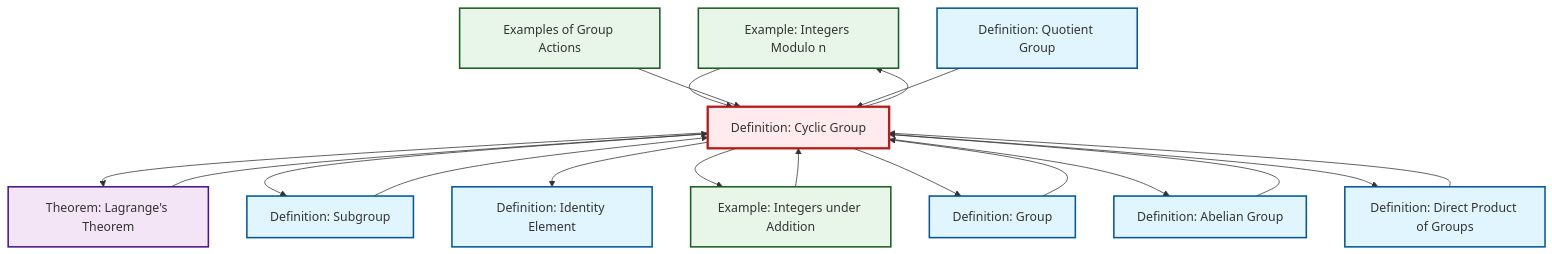
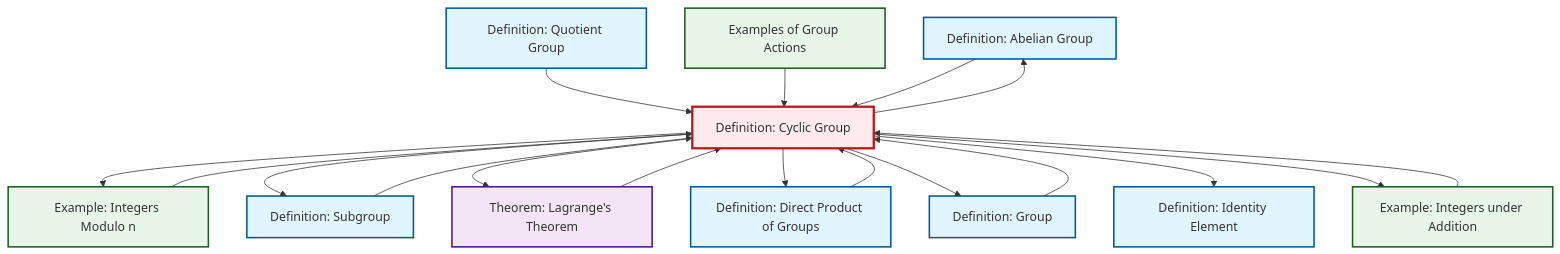
The diagram in content/ja/algebra/def-cyclic-group.qmd (RK0429/ModernMath), drawn with Mermaid before and after one commit. The commit also changed other lines of this file and 531 other files, not shown here.

````diff
--- a/content/ja/algebra/def-cyclic-group.qmd
+++ b/content/ja/algebra/def-cyclic-group.qmd
@@ -99,48 +99,48 @@
 ```{mermaid}
 %%| fig-cap: "Local dependency graph"
 graph TD
     classDef definition fill:#e1f5fe,stroke:#01579b,stroke-width:2px
     classDef theorem fill:#f3e5f5,stroke:#4a148c,stroke-width:2px
     classDef axiom fill:#fff3e0,stroke:#e65100,stroke-width:2px
     classDef example fill:#e8f5e9,stroke:#1b5e20,stroke-width:2px
     classDef current fill:#ffebee,stroke:#b71c1c,stroke-width:3px
+    def-abelian-group["Definition: Abelian Group"]:::definition
+    def-cyclic-group["Definition: Cyclic Group"]:::definition
+    def-quotient-group["Definition: Quotient Group"]:::definition
+    ex-group-action-examples["Examples of Group Actions"]:::example
+    def-group["Definition: Group"]:::definition
+    def-subgroup["Definition: Subgroup"]:::definition
+    def-identity-element["Definition: Identity Element"]:::definition
     ex-quotient-integers-mod-n["Example: Integers Modulo n"]:::example
+    ex-integers-addition["Example: Integers under Addition"]:::example
     thm-lagrange["Theorem: Lagrange's Theorem"]:::theorem
-    def-quotient-group["Definition: Quotient Group"]:::definition
-    def-identity-element["Definition: Identity Element"]:::definition
-    def-cyclic-group["Definition: Cyclic Group"]:::definition
-    def-subgroup["Definition: Subgroup"]:::definition
-    def-group["Definition: Group"]:::definition
-    ex-integers-addition["Example: Integers under Addition"]:::example
-    def-abelian-group["Definition: Abelian Group"]:::definition
-    ex-group-action-examples["Examples of Group Actions"]:::example
     def-direct-product["Definition: Direct Product of Groups"]:::definition
     def-cyclic-group --> ex-quotient-integers-mod-n
+    def-subgroup --> def-cyclic-group
+    def-group --> def-cyclic-group
+    def-cyclic-group --> def-abelian-group
+    ex-integers-addition --> def-cyclic-group
+    def-cyclic-group --> def-subgroup
+    def-cyclic-group --> thm-lagrange
+    def-quotient-group --> def-cyclic-group
     thm-lagrange --> def-cyclic-group
-    ex-integers-addition --> def-cyclic-group
+    def-cyclic-group --> def-direct-product
+    ex-group-action-examples --> def-cyclic-group
     def-direct-product --> def-cyclic-group
-    def-cyclic-group --> thm-lagrange
-    def-cyclic-group --> def-subgroup
-    ex-quotient-integers-mod-n --> def-cyclic-group
+    def-cyclic-group --> def-group
     def-abelian-group --> def-cyclic-group
-    def-group --> def-cyclic-group
     def-cyclic-group --> def-identity-element
     def-cyclic-group --> ex-integers-addition
-    def-subgroup --> def-cyclic-group
-    def-cyclic-group --> def-group
-    def-cyclic-group --> def-abelian-group
-    def-cyclic-group --> def-direct-product
-    ex-group-action-examples --> def-cyclic-group
-    def-quotient-group --> def-cyclic-group
+    ex-quotient-integers-mod-n --> def-cyclic-group
     class def-cyclic-group current
+    click def-abelian-group "def-abelian-group.html" "Definition: Abelian Groupへ"
+    click def-quotient-group "def-quotient-group.html" "Definition: Quotient Groupへ"
+    click ex-group-action-examples "ex-group-action-examples.html" "Examples of Group Actionsへ"
+    click def-group "def-group.html" "Definition: Groupへ"
+    click def-subgroup "def-subgroup.html" "Definition: Subgroupへ"
+    click def-identity-element "def-identity-element.html" "Definition: Identity Elementへ"
     click ex-quotient-integers-mod-n "ex-quotient-integers-mod-n.html" "Example: Integers Modulo nへ"
+    click ex-integers-addition "ex-integers-addition.html" "Example: Integers under Additionへ"
     click thm-lagrange "thm-lagrange.html" "Theorem: Lagrange's Theoremへ"
-    click def-quotient-group "def-quotient-group.html" "Definition: Quotient Groupへ"
-    click def-identity-element "def-identity-element.html" "Definition: Identity Elementへ"
-    click def-subgroup "def-subgroup.html" "Definition: Subgroupへ"
-    click def-group "def-group.html" "Definition: Groupへ"
-    click ex-integers-addition "ex-integers-addition.html" "Example: Integers under Additionへ"
-    click def-abelian-group "def-abelian-group.html" "Definition: Abelian Groupへ"
-    click ex-group-action-examples "ex-group-action-examples.html" "Examples of Group Actionsへ"
     click def-direct-product "def-direct-product.html" "Definition: Direct Product of Groupsへ"
 ```
````
